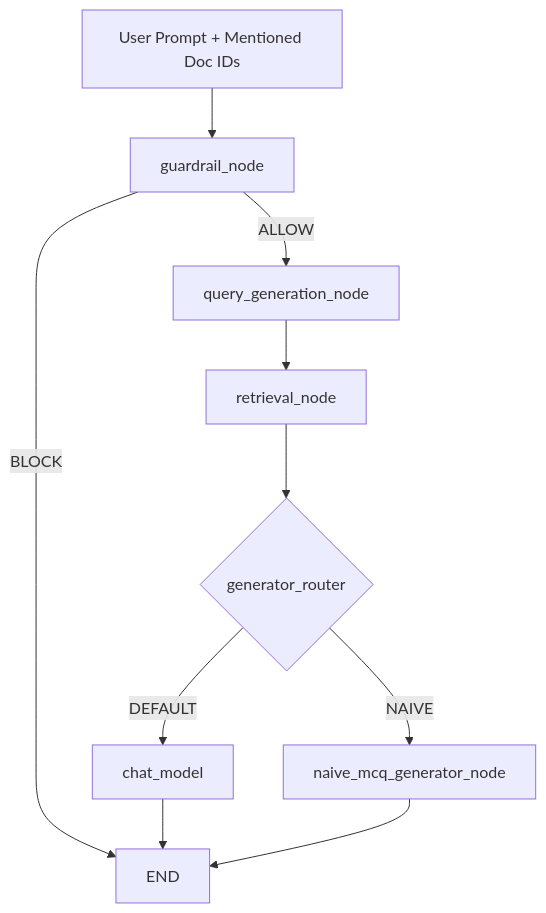
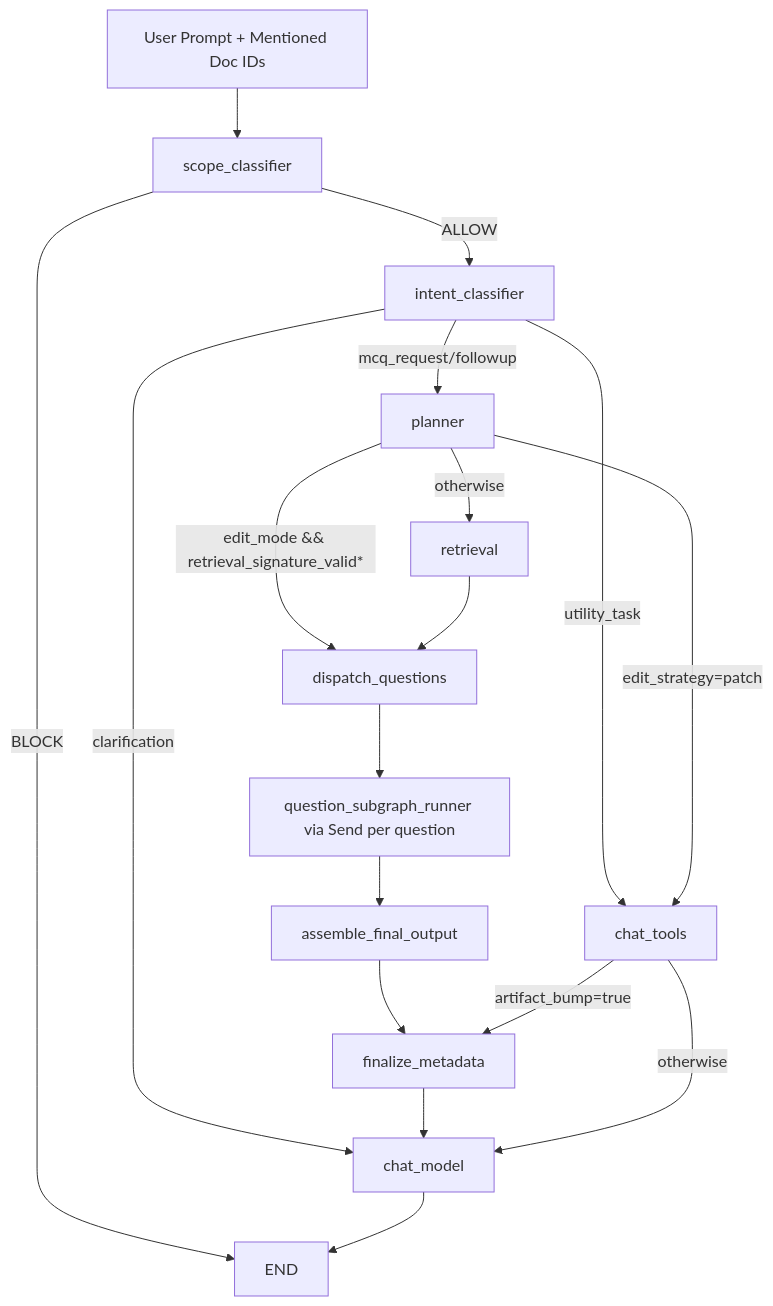
The first of 2 diagrams in src/agents/CHAT_AGENT_FLOW.md (Krishnapthm/otis), drawn with Mermaid before and after one commit. The commit also changed other lines of this file and 29 other files, not shown here.

````diff
--- a/src/agents/CHAT_AGENT_FLOW.md
+++ b/src/agents/CHAT_AGENT_FLOW.md
@@ -7,12 +7,25 @@
 ```mermaid
 flowchart TD
-    A[User Prompt + Mentioned Doc IDs] --> B[guardrail_node]
-    B -->|ALLOW| C[query_generation_node]
-    B -->|BLOCK| Z[END]
-    C --> D[retrieval_node]
-    D --> E{generator_router}
-    E -->|DEFAULT| F[chat_model]
-    E -->|NAIVE| G[naive_mcq_generator_node]
-    F --> Z
-    G --> Z
+        A[User Prompt + Mentioned Doc IDs] --> B[scope_classifier]
+        B -->|ALLOW| C[intent_classifier]
+        B -->|BLOCK| Z[END]
+
+        C -->|mcq_request/followup| D[planner]
+        C -->|utility_task| U[chat_tools]
+        C -->|clarification| H[chat_model]
+
+        D -->|edit_strategy=patch| U
+        D -->|edit_mode && retrieval_signature_valid*| E[dispatch_questions]
+        D -->|otherwise| R[retrieval]
+
+        R --> E
+        E --> Q[question_subgraph_runner via Send per question]
+        Q --> F[assemble_final_output]
+        F --> G[finalize_metadata]
+        G --> H
+
+        U -->|artifact_bump=true| G
+        U -->|otherwise| H
+
+        H --> Z
 ```
````
